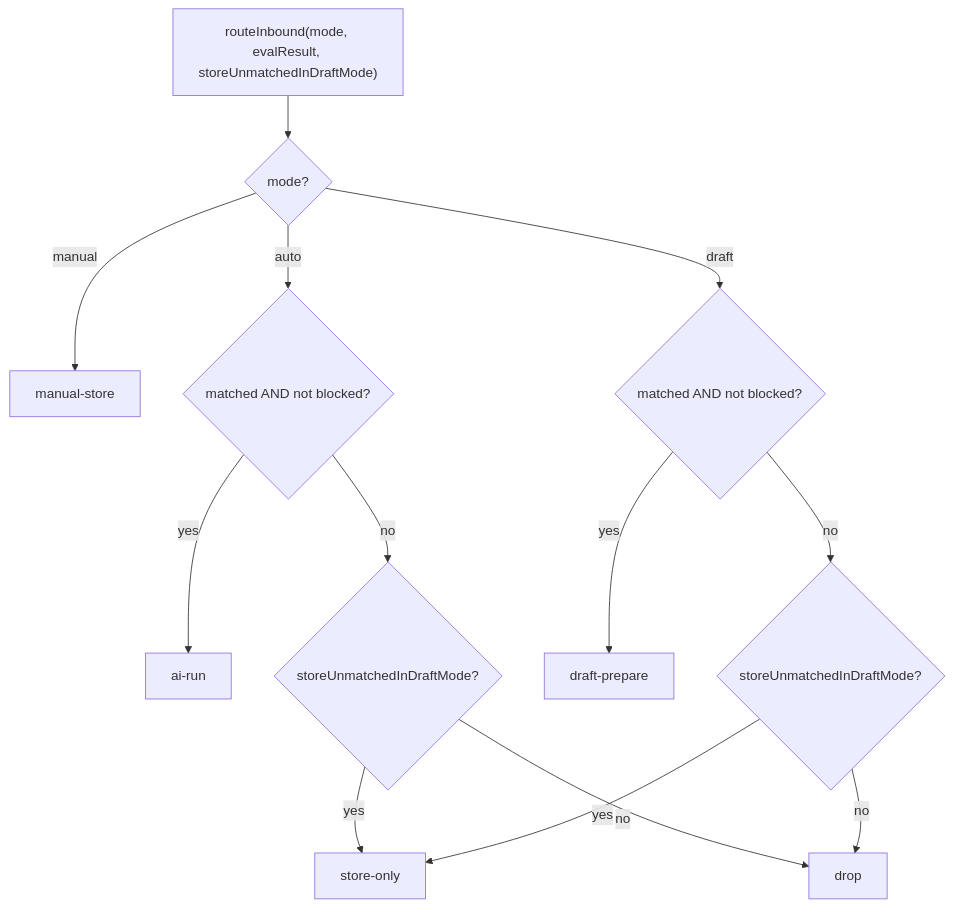
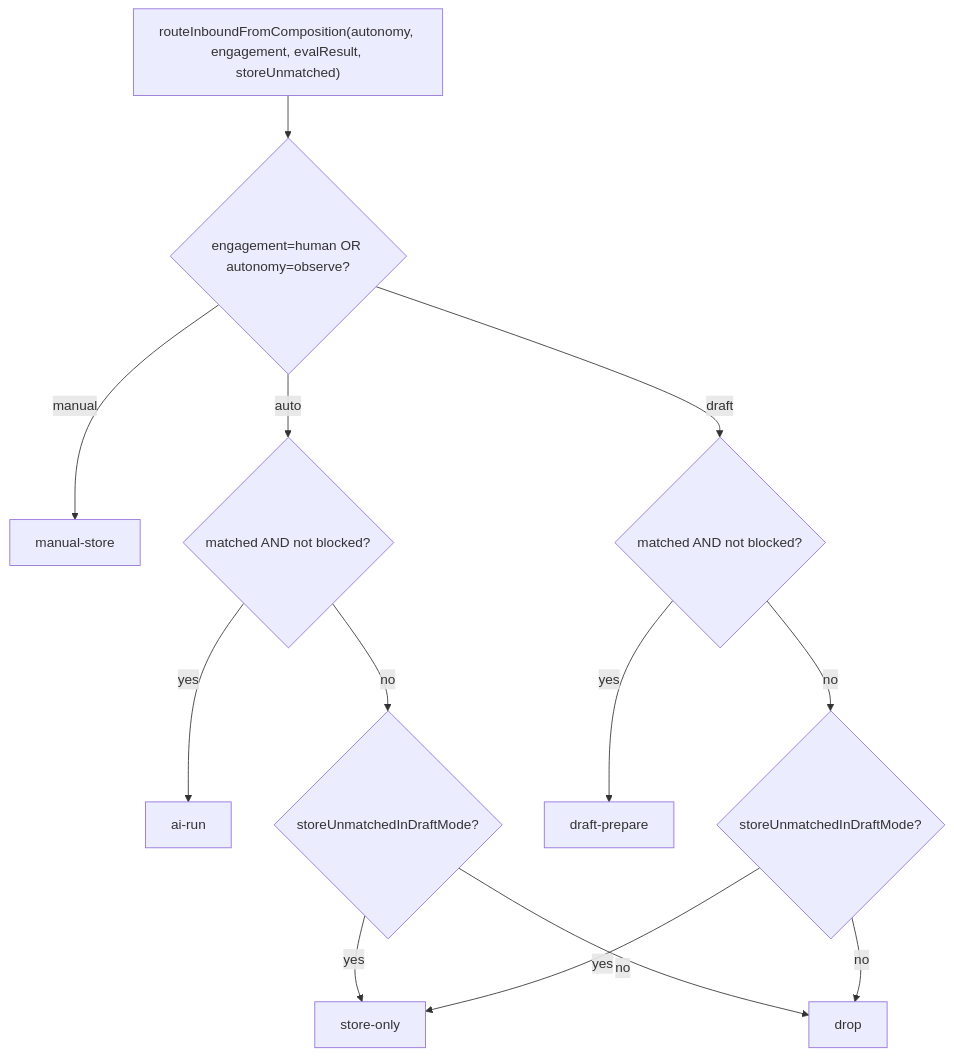
Before and after one commit to MaxQian888/cognia-next: the third of 3 diagrams in docs/content/docs/en/subsystems/platform-connectors/inbound-gating.mdx, drawn with Mermaid. The commit also changed other lines of this file and 14 other files, not shown here.

````diff
--- a/docs/content/docs/en/subsystems/platform-connectors/inbound-gating.mdx
+++ b/docs/content/docs/en/subsystems/platform-connectors/inbound-gating.mdx
@@ -190,15 +194,15 @@
 ```mermaid
 flowchart TD
-  A["routeInbound(mode, evalResult, storeUnmatchedInDraftMode)"] --> B{"mode?"}
+  A["routeInboundFromComposition(autonomy, engagement, evalResult, storeUnmatched)"] --> B{"engagement=human OR autonomy=observe?"}
   B -->|manual| MS["manual-store"]
   B -->|auto| C{"matched AND not blocked?"}
   C -->|yes| AR["ai-run"]
   C -->|no| D{"storeUnmatchedInDraftMode?"}
   D -->|yes| SO["store-only"]
   D -->|no| DROP["drop"]
   B -->|draft| E{"matched AND not blocked?"}
   E -->|yes| DP["draft-prepare"]
   E -->|no| F{"storeUnmatchedInDraftMode?"}
   F -->|yes| SO
   F -->|no| DROP
 ```
````
